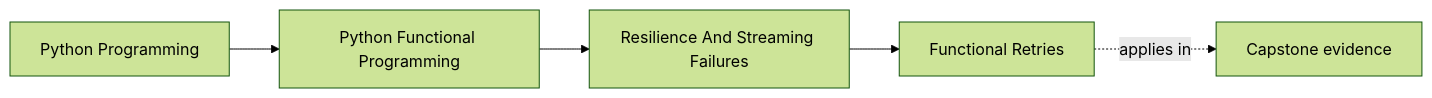
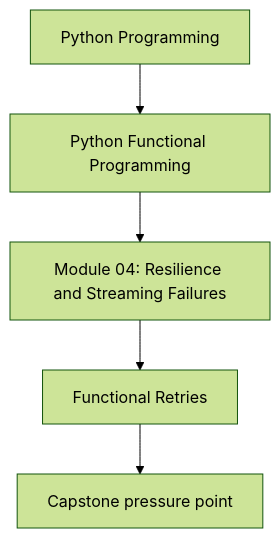
One commit to bijux/bijux-masterclass changed the first of 2 diagrams in programs/python-programming/python-functional-programming/course-book/module-04-resilience-and-streaming-failures/functional-retries.md. Above: the diagram before and after it, drawn with Mermaid (forest theme). The commit also changed other lines of this file and 118 other files, not shown here.

Commit message:
docs(python-functional-programming): align concept page diagrams

````diff
--- a/programs/python-programming/python-functional-programming/course-book/module-04-resilience-and-streaming-failures/functional-retries.md
+++ b/programs/python-programming/python-functional-programming/course-book/module-04-resilience-and-streaming-failures/functional-retries.md
@@ -7,11 +7,7 @@
 ```mermaid
-graph LR
-  family["Python Programming"]
-  program["Python Functional Programming"]
-  section["Resilience And Streaming Failures"]
-  page["Functional Retries"]
-  capstone["Capstone evidence"]
-
-  family --> program --> section --> page
-  page -.applies in.-> capstone
+flowchart TD
+  family["Python Programming"] --> program["Python Functional Programming"]
+  program --> module["Module 04: Resilience and Streaming Failures"]
+  module --> concept["Functional Retries"]
+  concept --> capstone["Capstone pressure point"]
 ```
````
